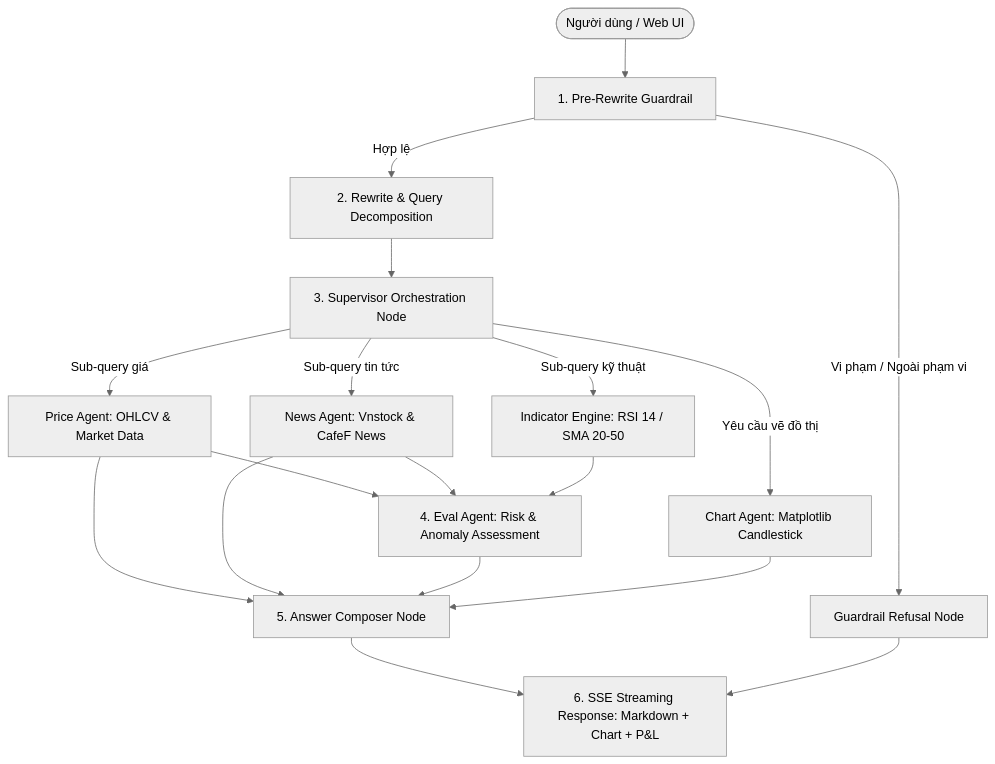
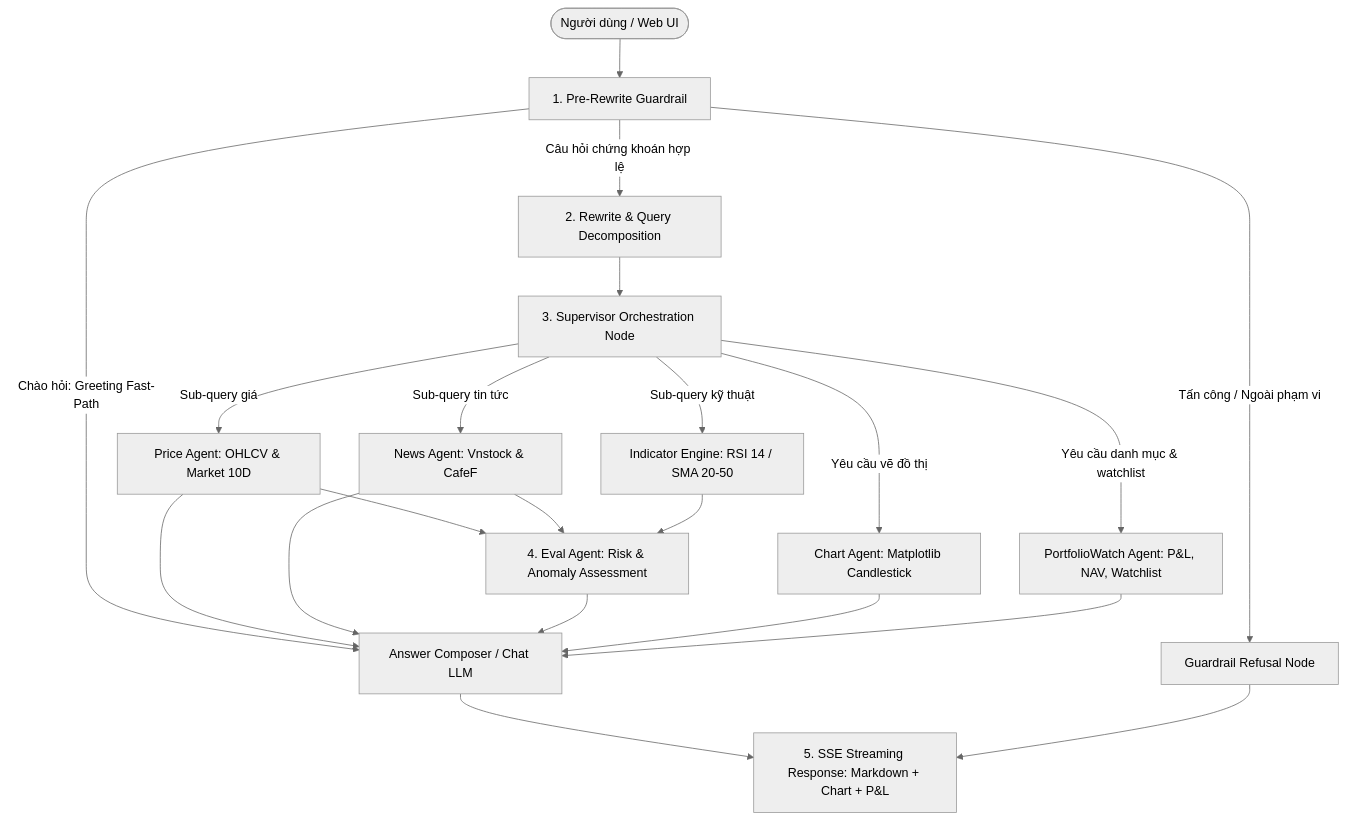
The diagram in README.md (Anodis108/Agent_Stock), drawn with Mermaid (neutral theme) before and after one commit. The commit also changed other lines of this file and 47 other files, not shown here.

````diff
--- a/README.md
+++ b/README.md
@@ -39,25 +25,29 @@
 ```mermaid
 graph TD
     User([Người dùng / Web UI]) --> Guardrail[1. Pre-Rewrite Guardrail]
-    Guardrail -->|Vi phạm / Ngoài phạm vi| Refusal[Guardrail Refusal Node]
-    Guardrail -->|Hợp lệ| Rewrite[2. Rewrite & Query Decomposition]
+    
+    Guardrail -->|Tấn công / Ngoài phạm vi| Refusal[Guardrail Refusal Node]
+    Guardrail -->|Chào hỏi: Greeting Fast-Path| Composer[Answer Composer / Chat LLM]
+    Guardrail -->|Câu hỏi chứng khoán hợp lệ| Rewrite[2. Rewrite & Query Decomposition]
     
     Rewrite --> Supervisor[3. Supervisor Orchestration Node]
     
-    Supervisor -->|Sub-query giá| PriceAgent[Price Agent: OHLCV & Market Data]
-    Supervisor -->|Sub-query tin tức| NewsAgent[News Agent: Vnstock & CafeF News]
+    Supervisor -->|Sub-query giá| PriceAgent[Price Agent: OHLCV & Market 10D]
+    Supervisor -->|Sub-query tin tức| NewsAgent[News Agent: Vnstock & CafeF]
     Supervisor -->|Sub-query kỹ thuật| IndicatorEngine[Indicator Engine: RSI 14 / SMA 20-50]
     Supervisor -->|Yêu cầu vẽ đồ thị| ChartAgent[Chart Agent: Matplotlib Candlestick]
+    Supervisor -->|Yêu cầu danh mục & watchlist| PortfolioWatchAgent[PortfolioWatch Agent: P&L, NAV, Watchlist]
     
     PriceAgent --> EvalAgent[4. Eval Agent: Risk & Anomaly Assessment]
     NewsAgent --> EvalAgent
     IndicatorEngine --> EvalAgent
     
-    PriceAgent --> Composer[5. Answer Composer Node]
+    PriceAgent --> Composer
     NewsAgent --> Composer
     EvalAgent --> Composer
     ChartAgent --> Composer
+    PortfolioWatchAgent --> Composer
     
-    Composer --> SSE[6. SSE Streaming Response: Markdown + Chart + P&L]
+    Composer --> SSE[5. SSE Streaming Response: Markdown + Chart + P&L]
     Refusal --> SSE
 ```
````
